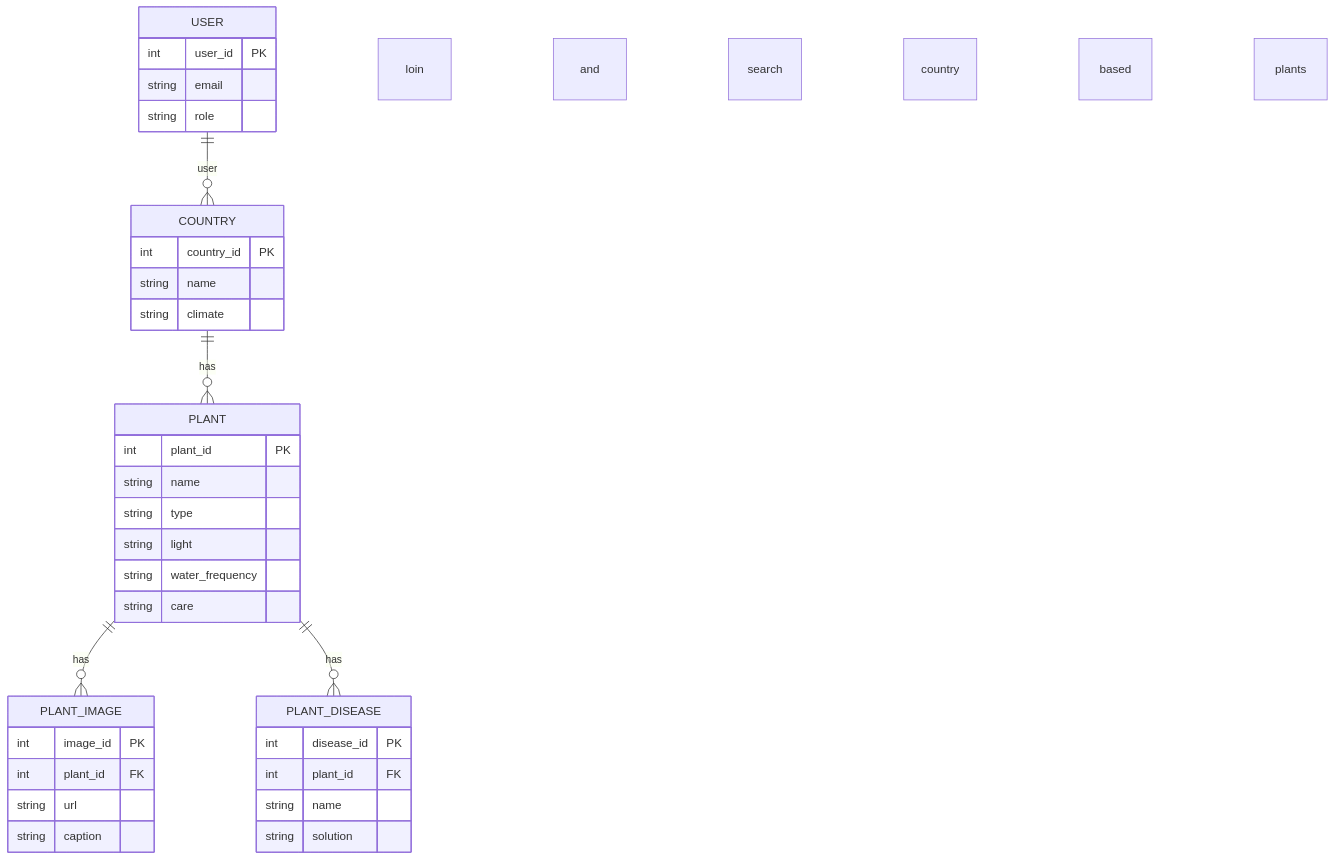
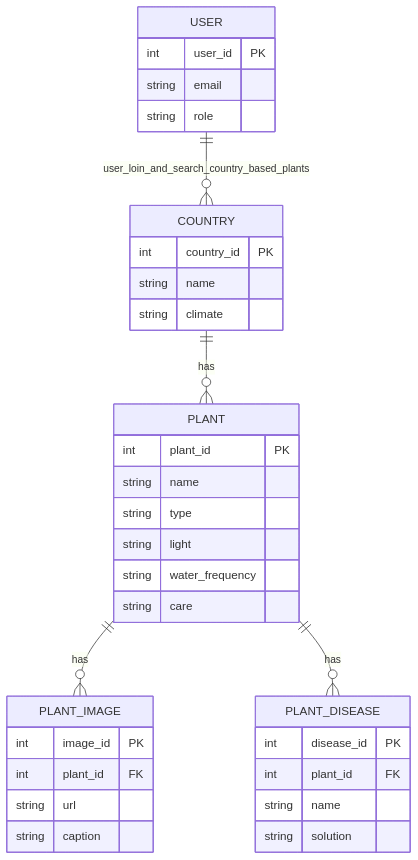
The second of 4 diagrams in README.md (AnikaTasniaSadia/Plant_Care_Assistant-), drawn with Mermaid before and after one commit. The commit also changed other lines of this file, not shown here.

````diff
--- a/README.md
+++ b/README.md
@@ -167,38 +167,38 @@
 ```mermaid
 erDiagram
   USER {
     int user_id PK
     string email
     string role
   }
   COUNTRY {
     int country_id PK
     string name
     string climate
   }
   PLANT {
     int plant_id PK
     string name
     string type
     string light
     string water_frequency
     string care
   }
   PLANT_IMAGE {
     int image_id PK
     int plant_id FK
     string url
     string caption
   }
   PLANT_DISEASE {
     int disease_id PK
     int plant_id FK
     string name
     string solution
   }
 
-   USER  ||--o{ COUNTRY : user loin and search country based plants
+   USER  ||--o{ COUNTRY : user_loin_and_search_country_based_plants
   COUNTRY ||--o{ PLANT : has
   PLANT ||--o{ PLANT_IMAGE : has
   PLANT ||--o{ PLANT_DISEASE : has
 ```
````
